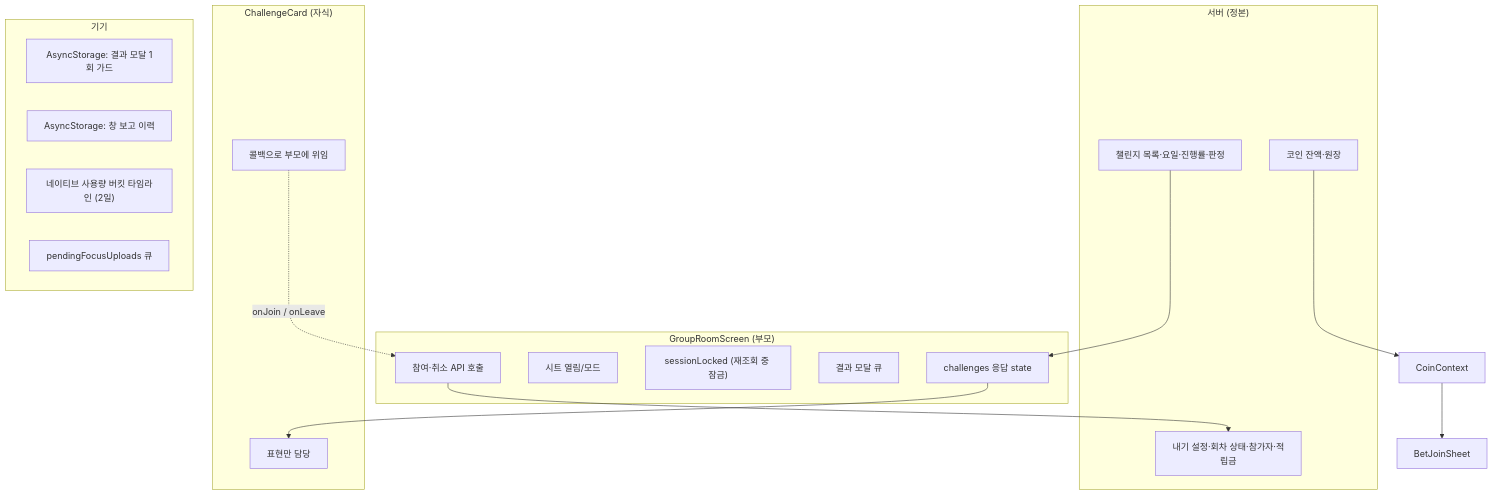
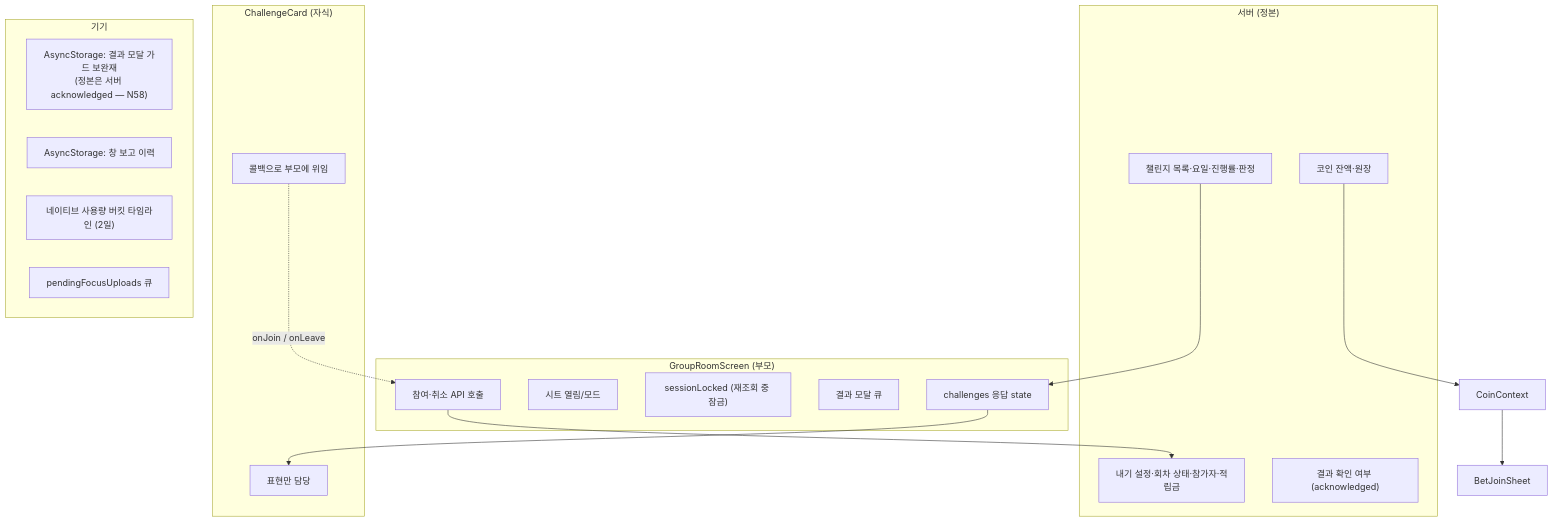
Before and after one commit to OneOrThree/phone: diagram 11 of 11 in docs/prd/challenge/information-architecture.md, drawn with Mermaid. The commit also changed other lines of this file and 6 other files, not shown here.

````diff
--- a/docs/prd/challenge/information-architecture.md
+++ b/docs/prd/challenge/information-architecture.md
@@ -593,30 +634,31 @@
 ```mermaid
 flowchart TB
     subgraph server["서버 (정본)"]
         SV1["챌린지 목록·요일·진행률·판정"]
         SV2["내기 설정·회차 상태·참가자·적립금"]
         SV3["코인 잔액·원장"]
+        SV4["결과 확인 여부 (acknowledged)"]
     end
     subgraph parent["GroupRoomScreen (부모)"]
         P1["challenges 응답 state"]
         P2["시트 열림/모드"]
         P3["sessionLocked (재조회 중 잠금)"]
         P4["결과 모달 큐"]
         P5["참여·취소 API 호출"]
     end
     subgraph card["ChallengeCard (자식)"]
         K1["표현만 담당"]
         K2["콜백으로 부모에 위임"]
     end
     subgraph device["기기"]
-        D1["AsyncStorage: 결과 모달 1회 가드"]
+        D1["AsyncStorage: 결과 모달 가드 보완재<br/>(정본은 서버 acknowledged — N58)"]
         D2["AsyncStorage: 창 보고 이력"]
         D3["네이티브 사용량 버킷 타임라인 (2일)"]
         D4["pendingFocusUploads 큐"]
     end
 
     SV1 --> P1 --> K1
     K2 -.->|"onJoin / onLeave"| P5
     P5 --> SV2
     SV3 --> CC["CoinContext"] --> SH["BetJoinSheet"]
 ```
````
